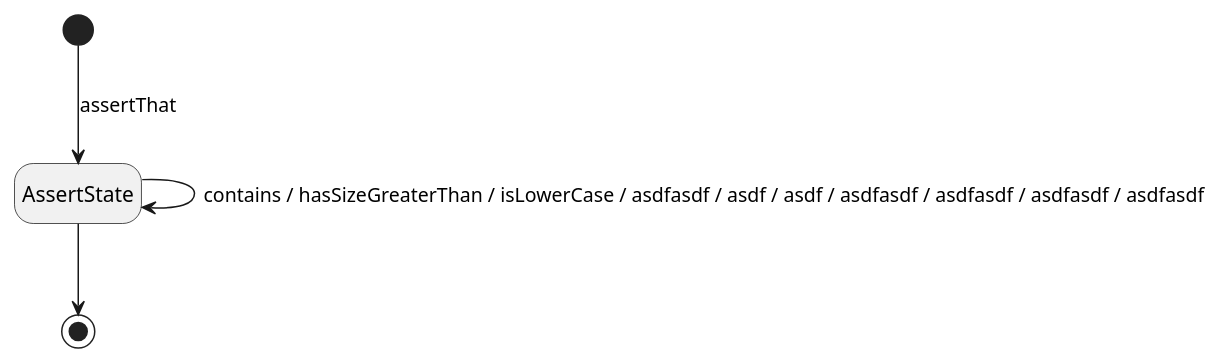
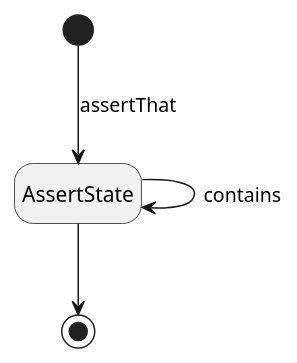
One commit to colbs255/personal changed the diagram in content/posts/sample.mdx. Above: the diagram before and after it, drawn with PlantUML. The commit also changed other lines of this file and 1 other file, not shown here.

```diff
--- a/content/posts/sample.mdx
+++ b/content/posts/sample.mdx
@@ -41,7 +48,7 @@
 @startuml
 hide empty description
 [*] --> AssertState: assertThat
 AssertState --> [*]
 
-AssertState --> AssertState: contains / hasSizeGreaterThan / isLowerCase / asdfasdf / asdf / asdf / asdfasdf / asdfasdf / asdfasdf / asdfasdf
+AssertState --> AssertState: contains
 @enduml
```
